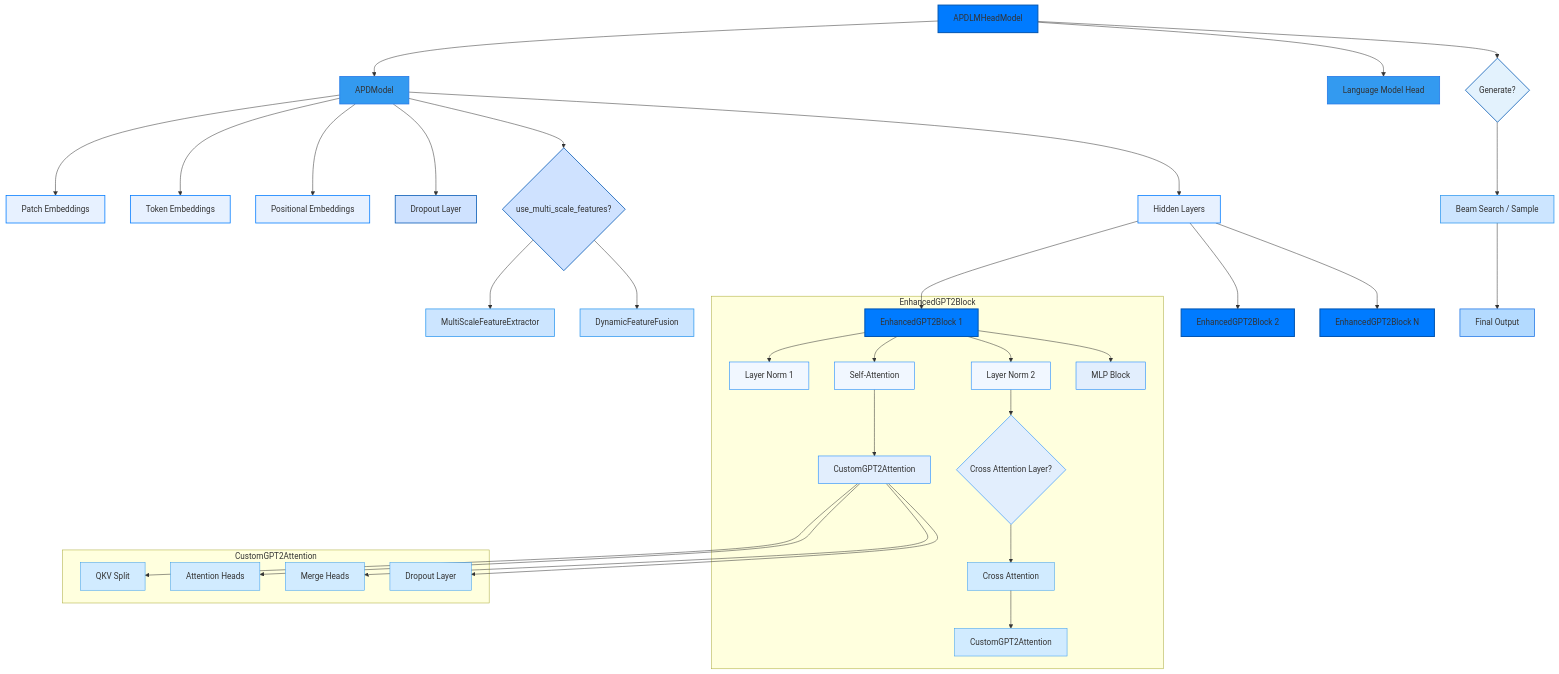
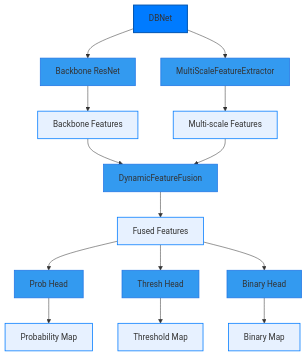
The diagram in docs/APD-Arch.md (chenxingqiang/APD), drawn with Mermaid before and after one commit. The commit also changed other lines of this file and 7 other files, not shown here.

````diff
--- a/docs/APD-Arch.md
+++ b/docs/APD-Arch.md
@@ -79,60 +7,25 @@
 ```mermaid
 graph TB
-  %% 设置主题颜色，参考 Docker Hub 风格
-  classDef primary fill:#007bff,stroke:#0056b3,stroke-width:2px
-  classDef secondary fill:#339af0,stroke:#2277e6,stroke-width:1.5px
-  classDef tertiary fill:#e7f1ff,stroke:#007bff,stroke-width:1.5px
-  classDef quaternary fill:#cfe2ff,stroke:#0056b3,stroke-width:1.5px
-  classDef quinary fill:#cce5ff,stroke:#339af0,stroke-width:1.5px
-  classDef senary fill:#f1f7ff,stroke:#007bff,stroke-width:1px
-  classDef septenary fill:#e2eefd,stroke:#007bff,stroke-width:1px
-  classDef octonary fill:#d1ebff,stroke:#339af0,stroke-width:1px
-  classDef nonary fill:#e3f2fd,stroke:#0056b3,stroke-width:1.5px
-  classDef denary fill:#b3daff,stroke:#2277e6,stroke-width:1.5px
+    classDef primary fill:#007bff,stroke:#0056b3,stroke-width:2px
+    classDef secondary fill:#339af0,stroke:#2277e6,stroke-width:1.5px
+    classDef tertiary fill:#e7f1ff,stroke:#007bff,stroke-width:1.5px
 
-  %% 主模型结构
-  A[APDLMHeadModel]:::primary --> B[APDModel]:::secondary
-  A --> Z[Language Model Head]:::secondary
-
-  %% APDModel 结构
-  B --> C[Patch Embeddings]:::tertiary
-  B --> D[Token Embeddings]:::tertiary
-  B --> E[Positional Embeddings]:::tertiary
-  B --> F[Dropout Layer]:::quaternary
-  
-  %% 可选模块
-  B --> G{use_multi_scale_features?}:::quaternary
-  G --> H[MultiScaleFeatureExtractor]:::quinary
-  G --> I[DynamicFeatureFusion]:::quinary
-
-  %% 隐藏层
-  B --> J[Hidden Layers]:::tertiary
-  J --> K[EnhancedGPT2Block 1]:::primary
-  J --> L[EnhancedGPT2Block 2]:::primary
-  J --> M[EnhancedGPT2Block N]:::primary
-
-  %% EnhancedGPT2Block 结构
-  subgraph EnhancedGPT2Block
-    K --> N[Layer Norm 1]:::senary
-    K --> O[Self-Attention]:::senary
-    O --> P[CustomGPT2Attention]:::septenary
-    K --> Q[Layer Norm 2]:::senary
-    K --> R[MLP Block]:::septenary
-    Q --> S{Cross Attention Layer?}:::septenary
-    S --> T[Cross Attention]:::octonary
-    T --> U[CustomGPT2Attention]:::octonary
-  end
-
-  %% CustomGPT2Attention 结构
-  subgraph CustomGPT2Attention
-    P --> V[QKV Split]:::octonary
-    P --> W[Attention Heads]:::octonary
-    P --> X[Merge Heads]:::octonary
-    P --> Y[Dropout Layer]:::octonary
-  end
-
-  %% 生成部分
-  A --> AA{Generate?}:::nonary
-  AA --> AB[Beam Search / Sample]:::quinary
-  AB --> AC[Final Output]:::denary
+    A[DBNet]:::primary --> B[Backbone ResNet]:::secondary
+    A --> C[MultiScaleFeatureExtractor]:::secondary
+    
+    B --> D[Backbone Features]:::tertiary
+    C --> E[Multi-scale Features]:::tertiary
+    
+    D --> F[DynamicFeatureFusion]:::secondary
+    E --> F
+    
+    F --> G[Fused Features]:::tertiary
+    
+    G --> H[Prob Head]:::secondary
+    G --> I[Thresh Head]:::secondary
+    G --> J[Binary Head]:::secondary
+    
+    H --> K[Probability Map]:::tertiary
+    I --> L[Threshold Map]:::tertiary
+    J --> M[Binary Map]:::tertiary
 ```
````
